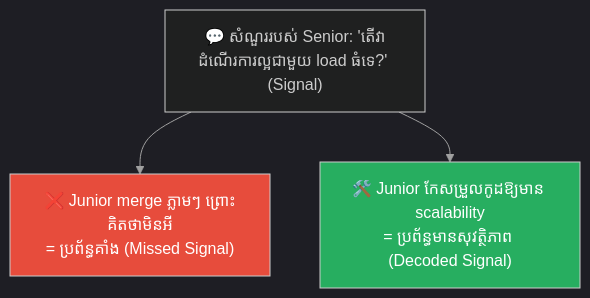
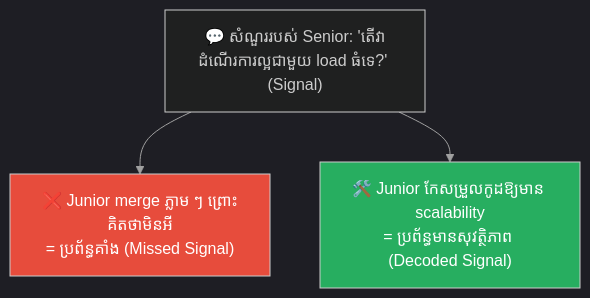
The second of 3 diagrams in feeds/concepts/parables/256-the-three-knocks-and-the-art-of-subtle-signals.md (GuideStack/iblogger-feeds), drawn with Mermaid before and after one commit. The commit also changed other lines of this file and 11 other files, not shown here.

````diff
--- a/feeds/concepts/parables/256-the-three-knocks-and-the-art-of-subtle-signals.md
+++ b/feeds/concepts/parables/256-the-three-knocks-and-the-art-of-subtle-signals.md
@@ -113,17 +113,17 @@
 ```mermaid
 %%{init: {
   'theme': 'dark',
   'themeVariables': {
     'background': '#1e1e1e',
     'primaryTextColor': '#ffffff',
     'lineColor': '#a0a0a0'
   },
   'themeCSS': 'svg { background-color: #1e1e1e !important; padding: 1rem !important; border-radius: 8px !important; } .edgeLabel rect { fill: #1e1e1e !important; } text, tspan { fill: #ffffff !important; }'
 } }%%
 graph TD
-    A["💬 សំណួររបស់ Senior: 'តើវាដំណើរការល្អជាមួយ load ធំទេ?' (Signal)"] --> B["❌ Junior merge ភ្លាមៗ ព្រោះគិតថាមិនអី<br/>= ប្រព័ន្ធគាំង (Missed Signal)"]
+    A["💬 សំណួររបស់ Senior: 'តើវាដំណើរការល្អជាមួយ load ធំទេ?' (Signal)"] --> B["❌ Junior merge ភ្លាម ៗ ព្រោះគិតថាមិនអី<br/>= ប្រព័ន្ធគាំង (Missed Signal)"]
     A --> C["🛠️ Junior កែសម្រួលកូដឱ្យមាន scalability<br/>= ប្រព័ន្ធមានសុវត្ថិភាព (Decoded Signal)"]
 
     style B fill:#e74c3c,color:#fff
     style C fill:#27ae60,color:#fff
 ```
````
